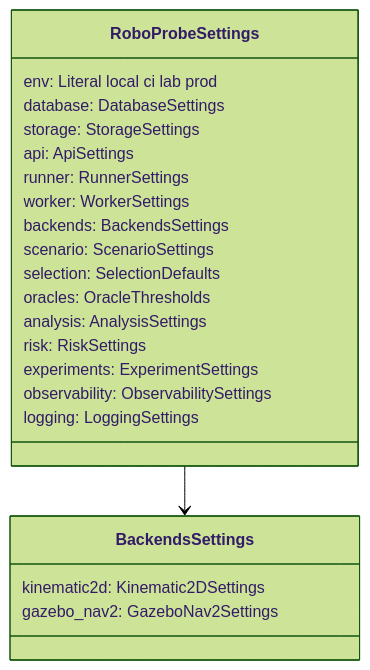
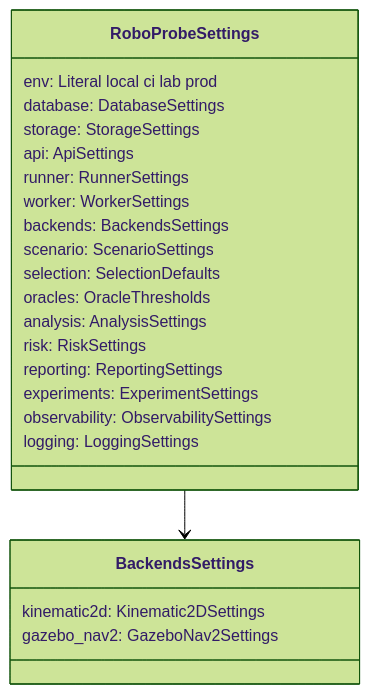
Before and after one commit to CodewithJha/RoboProbe: the diagram in docs/27-configuration-reference.md, drawn with Mermaid (forest theme). The commit also changed other lines of this file and 16 other files, not shown here.

First line of the commit message:
fix(analysis): catalogue events, schema, and reporting config docs

````diff
--- a/docs/27-configuration-reference.md
+++ b/docs/27-configuration-reference.md
@@ -46,25 +46,26 @@
 ```mermaid
 classDiagram
     class RoboProbeSettings {
       env: Literal local ci lab prod
       database: DatabaseSettings
       storage: StorageSettings
       api: ApiSettings
       runner: RunnerSettings
       worker: WorkerSettings
       backends: BackendsSettings
       scenario: ScenarioSettings
       selection: SelectionDefaults
       oracles: OracleThresholds
       analysis: AnalysisSettings
       risk: RiskSettings
+      reporting: ReportingSettings
       experiments: ExperimentSettings
       observability: ObservabilitySettings
       logging: LoggingSettings
     }
     class BackendsSettings {
       kinematic2d: Kinematic2DSettings
       gazebo_nav2: GazeboNav2Settings
     }
     RoboProbeSettings --> BackendsSettings
 ```
````
